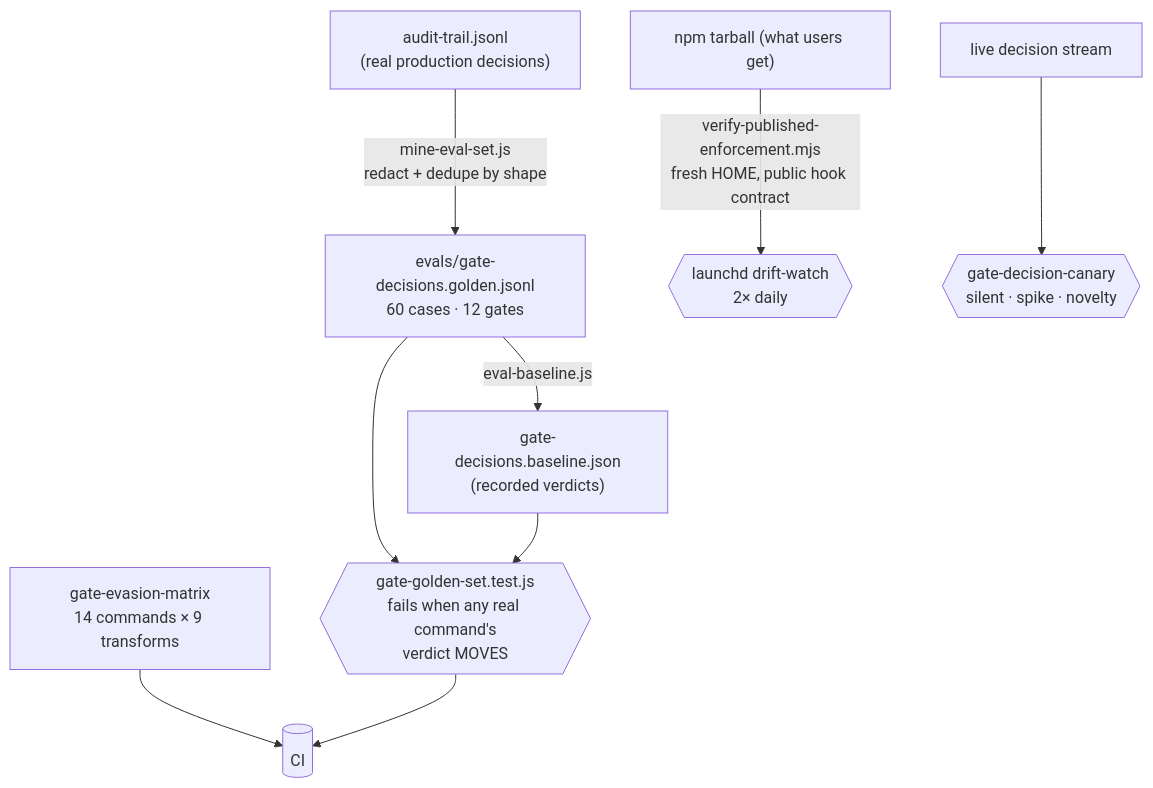
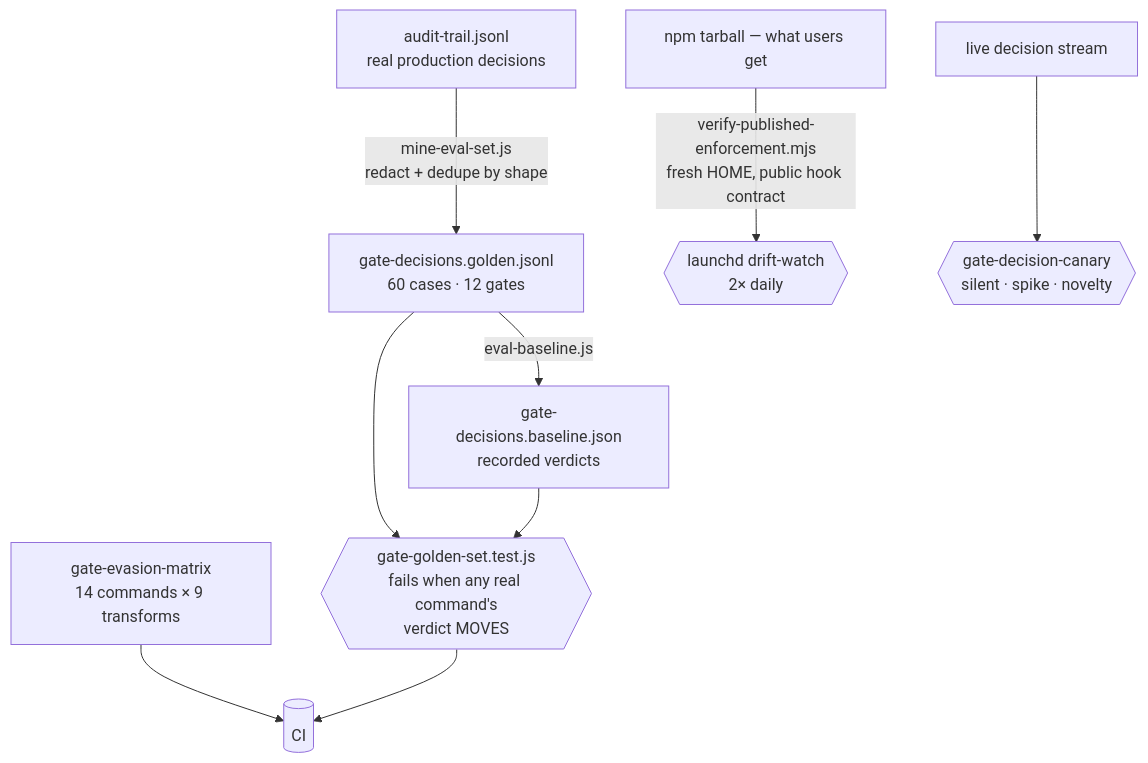
Before and after one commit to IgorGanapolsky/ThumbGate: the third of 3 diagrams in docs/ML-EVALUATION.md, drawn with Mermaid. The commit also changed other lines of this file, not shown here.

First line of the commit message:
fix(docs): mermaid labels must not contain raw newlines

````diff
--- a/docs/ML-EVALUATION.md
+++ b/docs/ML-EVALUATION.md
@@ -181,20 +169,11 @@
 ```mermaid
 flowchart TD
-    A["audit-trail.jsonl
-(real production decisions)"] -->|"mine-eval-set.js
-redact + dedupe by shape"| G["evals/gate-decisions.golden.jsonl
-60 cases · 12 gates"]
-    G -->|"eval-baseline.js"| B["gate-decisions.baseline.json
-(recorded verdicts)"]
-    G & B --> D{{"gate-golden-set.test.js
-fails when any real command's
-verdict MOVES"}}
-    E["gate-evasion-matrix
-14 commands × 9 transforms"] --> CI[("CI")]
+    A["audit-trail.jsonl<br/>real production decisions"] -->|"mine-eval-set.js<br/>redact + dedupe by shape"| G["gate-decisions.golden.jsonl<br/>60 cases · 12 gates"]
+    G -->|eval-baseline.js| B["gate-decisions.baseline.json<br/>recorded verdicts"]
+    G --> D
+    B --> D{{"gate-golden-set.test.js<br/>fails when any real command's<br/>verdict MOVES"}}
+    E["gate-evasion-matrix<br/>14 commands × 9 transforms"] --> CI[("CI")]
     D --> CI
-    P["npm tarball (what users get)"] -->|"verify-published-enforcement.mjs
-fresh HOME, public hook contract"| W{{"launchd drift-watch
-2× daily"}}
-    L["live decision stream"] --> C{{"gate-decision-canary
-silent · spike · novelty"}}
+    P["npm tarball — what users get"] -->|"verify-published-enforcement.mjs<br/>fresh HOME, public hook contract"| W{{"launchd drift-watch<br/>2× daily"}}
+    L["live decision stream"] --> C{{"gate-decision-canary<br/>silent · spike · novelty"}}
 ```
````
